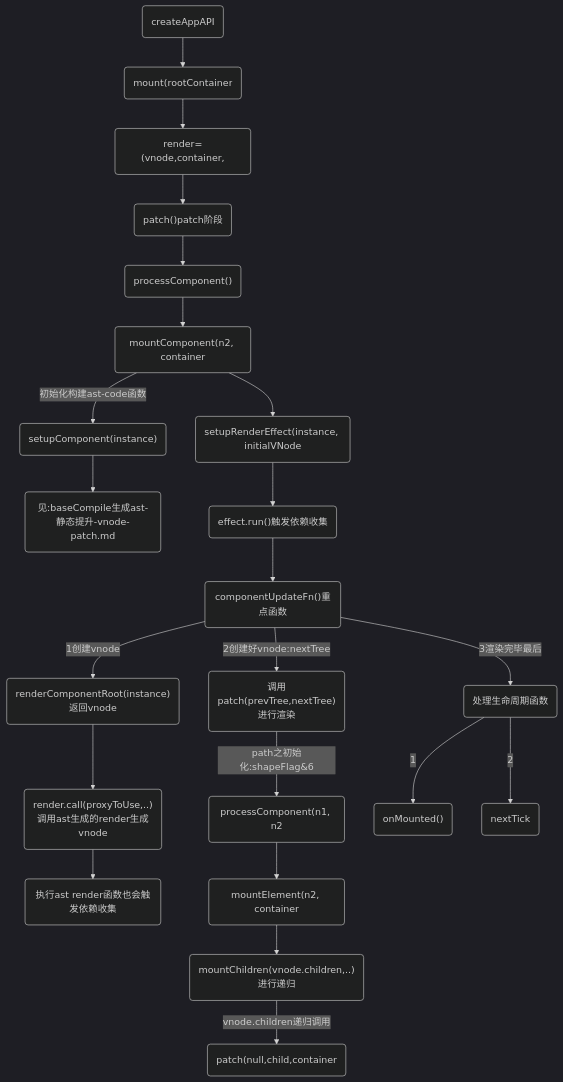
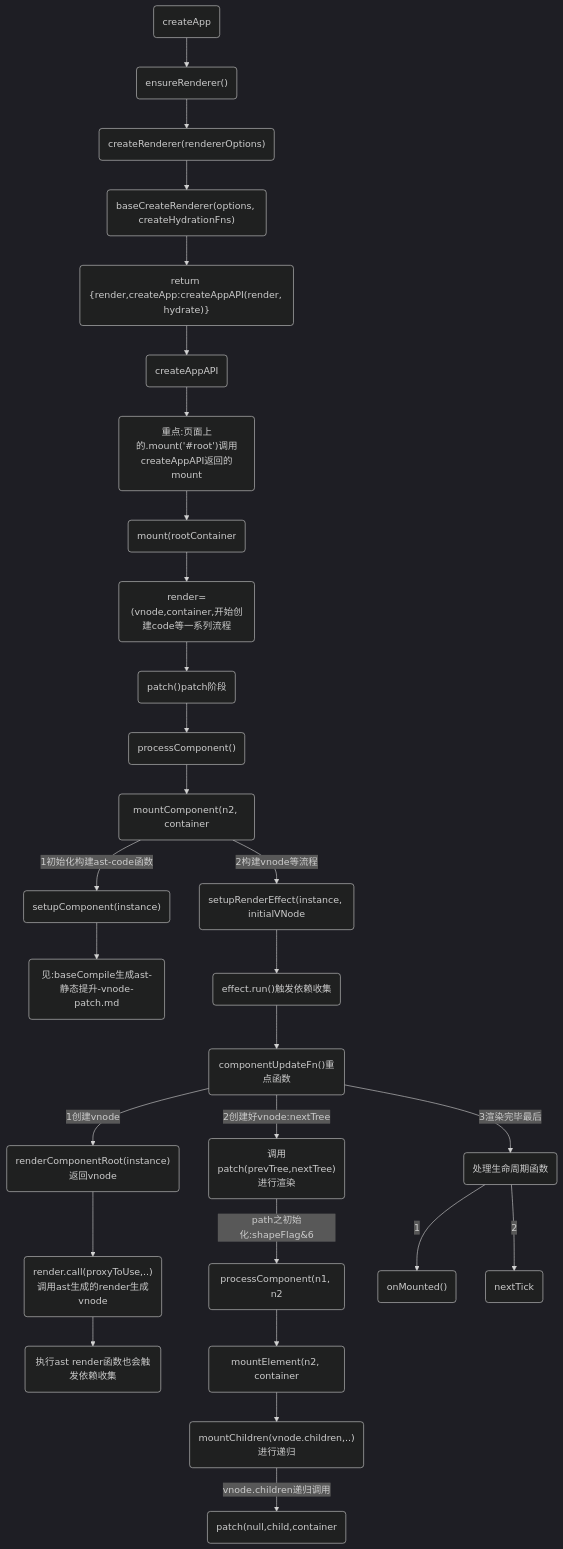
One commit to huiruo/programming-tech-website changed the second of 2 diagrams in programming-tech/react-vue异同-vue.md. Above: the diagram before and after it, drawn with Mermaid (dark theme). The commit also changed other lines of this file and 15 other files, not shown here.

````diff
--- a/programming-tech/react-vue异同-vue.md
+++ b/programming-tech/react-vue异同-vue.md
@@ -39,24 +50,30 @@
 ```mermaid
 flowchart TD
-A1("createAppAPI")-->A2("mount(rootContainer")-->A3("render=(vnode,container,")-->A4("patch()patch阶段")-->B1
+z1(createApp)-->z2("ensureRenderer()")-->z3("createRenderer(rendererOptions)")-->z4("baseCreateRenderer(options, createHydrationFns)")
+
+z4-->z6("return {render,createApp:createAppAPI(render, hydrate)}")
+
+z6-->A1("createAppAPI(render, hydrate){return app}")
+
+A1("createAppAPI")-->A1A("重点:页面上的.mount('#root')调用createAppAPI返回的mount")-->A2("mount(rootContainer")-->A3("render=(vnode,container,开始创建code等一系列流程")-->A4("patch()patch阶段")-->B1
 
 B1("processComponent()")-->B2("mountComponent(n2, container")
 
-B2--初始化构建ast-code函数-->B31("setupComponent(instance)")-->B33("见:baseCompile生成ast-静态提升-vnode-patch.md")
+B2--1初始化构建ast-code函数-->B31("setupComponent(instance)")-->B33("见:baseCompile生成ast-静态提升-vnode-patch.md")
 
-B2-->B32("setupRenderEffect(instance, initialVNode")-->C1("effect.run()触发依赖收集")-->C2("componentUpdateFn()重点函数")--1创建vnode-->C3("renderComponentRoot(instance)返回vnode")-->C4
+B2--2构建vnode等流程-->B32("setupRenderEffect(instance, initialVNode")-->C1("effect.run()触发依赖收集")-->C2("componentUpdateFn()重点函数")--1创建vnode-->C3("renderComponentRoot(instance)返回vnode")-->C4
 
 C4("render.call(proxyToUse,..)调用ast生成的render生成vnode")-->C41("执行ast render函数也会触发依赖收集")
 
 C2--2创建好vnode:nextTree-->D1("调用patch(prevTree,nextTree)进行渲染")--path之初始化:shapeFlag&6-->D12("processComponent(n1, n2")-->D2("mountElement(n2, container")
 
 %% mountComponent--1-->D21("createComponentInstance创建实例")
 %% mountComponent--2-->D22("setupComponent设置组件实例")
 %% mountComponent--3-->D23("setupRenderEffect,执行依赖收集")
 
 D2-->D3("mountChildren(vnode.children,..)进行递归")--vnode.children递归调用-->D5("patch(null,child,container")
 
 C2--3渲染完毕最后-->E1("处理生命周期函数")--1-->E21("onMounted()")
 
 E1--2-->E2(nextTick)
 ```
````
